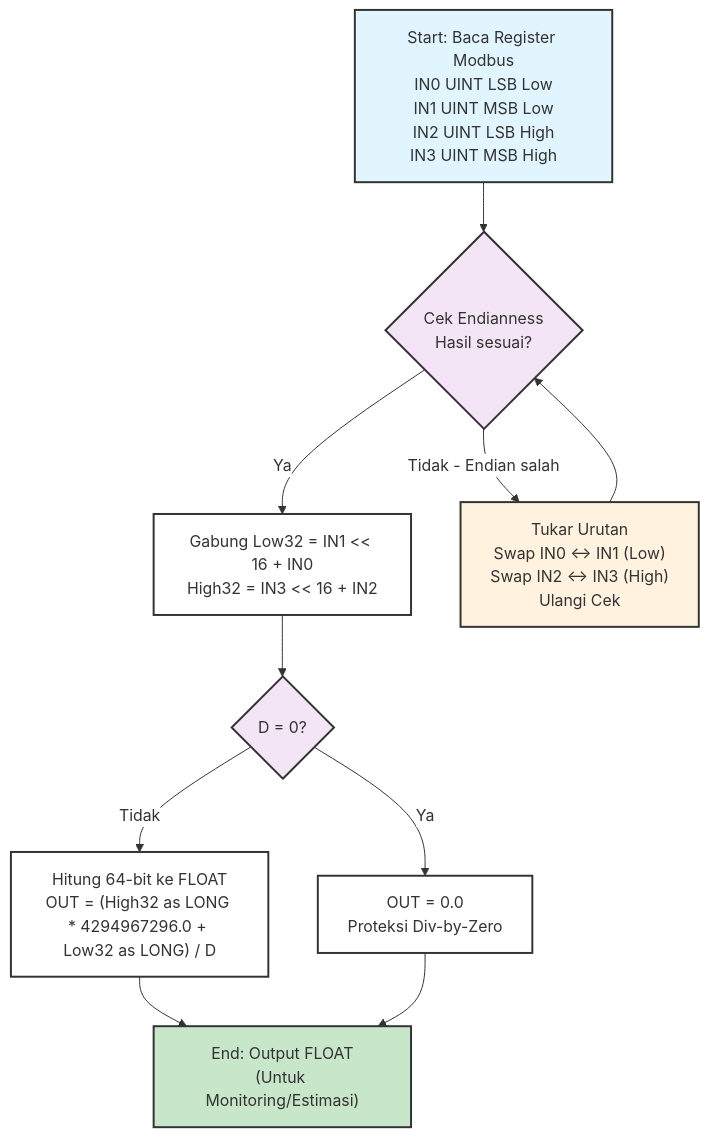
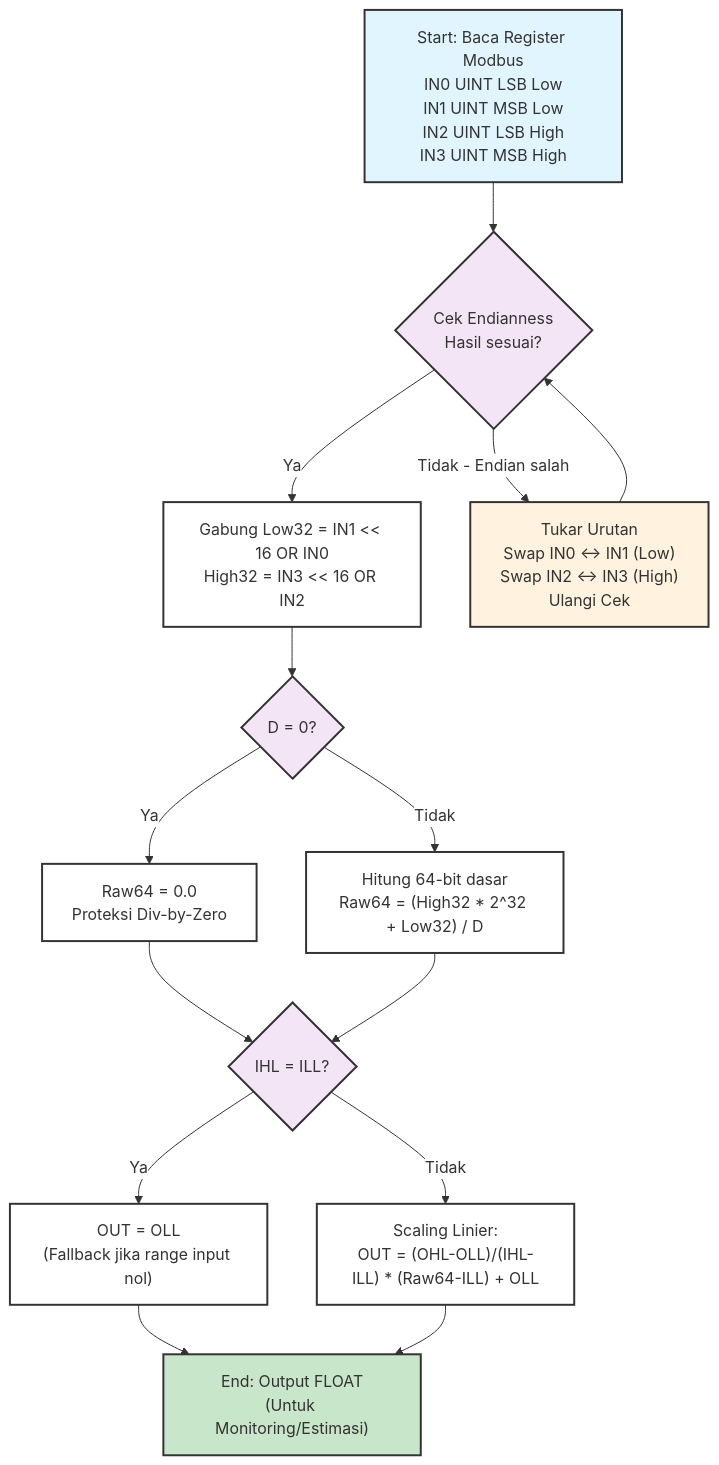
Before and after one commit to kumajaya/automation-blog: the second of 2 diagrams in docs/_posts/2025-10-18-k_word2_to_float-k_word4_to_float-function-block-untuk-konversi-data-modbus-16-32-64-bit-ke-float.md, drawn with Mermaid. The commit also changed other lines of this file and 1 other file, not shown here.

```diff
--- a/docs/_posts/2025-10-18-k_word2_to_float-k_word4_to_float-function-block-untuk-konversi-data-modbus-16-32-64-bit-ke-float.md
+++ b/docs/_posts/2025-10-18-k_word2_to_float-k_word4_to_float-function-block-untuk-konversi-data-modbus-16-32-64-bit-ke-float.md
@@ -220,23 +249,27 @@
   <div class="mermaid" style="width:70%; max-width:700px; font-size:16px;">
     %%{init: {'themeVariables': { 'fontSize': '16px', 'primaryColor': '#e8f0fe', 'edgeLabelBackground':'#ffffff'}}}%%
     flowchart TD
-            A["Start: Baca Register Modbus<br>IN0 UINT LSB Low<br>IN1 UINT MSB Low<br>IN2 UINT LSB High<br>IN3 UINT MSB High"] --&gt; B{Cek Endianness<br>Hasil sesuai?}
-            B --&gt;|Ya| C["Gabung Low32 = IN1 &lt;&lt; 16 + IN0<br>High32 = IN3 &lt;&lt; 16 + IN2"]
-            B --&gt;|Tidak - Endian salah| D["Tukar Urutan<br>Swap IN0 ↔ IN1 (Low)<br>Swap IN2 ↔ IN3 (High)<br>Ulangi Cek"]
-            D --&gt; B
-            C --&gt; E{"D = 0?"}
-            E --&gt;|Ya| F["OUT = 0.0<br>Proteksi Div-by-Zero"]
-            E --&gt;|Tidak| G["Hitung 64-bit ke FLOAT<br>OUT = (High32 as LONG * 4294967296.0 + Low32 as LONG) / D"]
-            G --&gt; H["End: Output FLOAT<br>(Untuk Monitoring/Estimasi)"]
-            F --&gt; H
-            classDef start fill:#e1f5fe,stroke:#333,stroke-width:2px
-            classDef final fill:#c8e6c9,stroke:#333,stroke-width:2px
-            classDef swap fill:#fff3e0,stroke:#333,stroke-width:2px
-            classDef decision fill:#f3e5f5,stroke:#333,stroke-width:2px
-            classDef process fill:#ffffff,stroke:#333,stroke-width:2px
-            class A start
-            class H final
-            class D swap
-            class B,E decision
-            class C,F,G process
+        A["Start: Baca Register Modbus<br>IN0 UINT LSB Low<br>IN1 UINT MSB Low<br>IN2 UINT LSB High<br>IN3 UINT MSB High"] --&gt; B{Cek Endianness<br>Hasil sesuai?}
+        B --&gt;|Ya| C["Gabung Low32 = IN1 &lt;&lt; 16 OR IN0<br>High32 = IN3 &lt;&lt; 16 OR IN2"]
+        B --&gt;|Tidak - Endian salah| D["Tukar Urutan<br>Swap IN0 ↔ IN1 (Low)<br>Swap IN2 ↔ IN3 (High)<br>Ulangi Cek"]
+        D --&gt; B
+        C --&gt; E{"D = 0?"}
+        E --&gt;|Ya| F["Raw64 = 0.0<br>Proteksi Div-by-Zero"]
+        E --&gt;|Tidak| G["Hitung 64-bit dasar<br>Raw64 = (High32 * 2^32 + Low32) / D"]
+        F --&gt; K{"IHL = ILL?"}
+        G --&gt; K
+        K --&gt;|Ya| L["OUT = OLL<br>(Fallback jika range input nol)"]
+        K --&gt;|Tidak| M["Scaling Linier:<br>OUT = (OHL-OLL)/(IHL-ILL) * (Raw64-ILL) + OLL"]
+        L --&gt; N["End: Output FLOAT<br>(Untuk Monitoring/Estimasi)"]
+        M --&gt; N
+        classDef start fill:#e1f5fe,stroke:#333,stroke-width:2px
+        classDef final fill:#c8e6c9,stroke:#333,stroke-width:2px
+        classDef swap fill:#fff3e0,stroke:#333,stroke-width:2px
+        classDef decision fill:#f3e5f5,stroke:#333,stroke-width:2px
+        classDef process fill:#ffffff,stroke:#333,stroke-width:2px
+        class A start
+        class N final
+        class D swap
+        class B,E,K decision
+        class C,F,G,L,M process
   </div>
```
